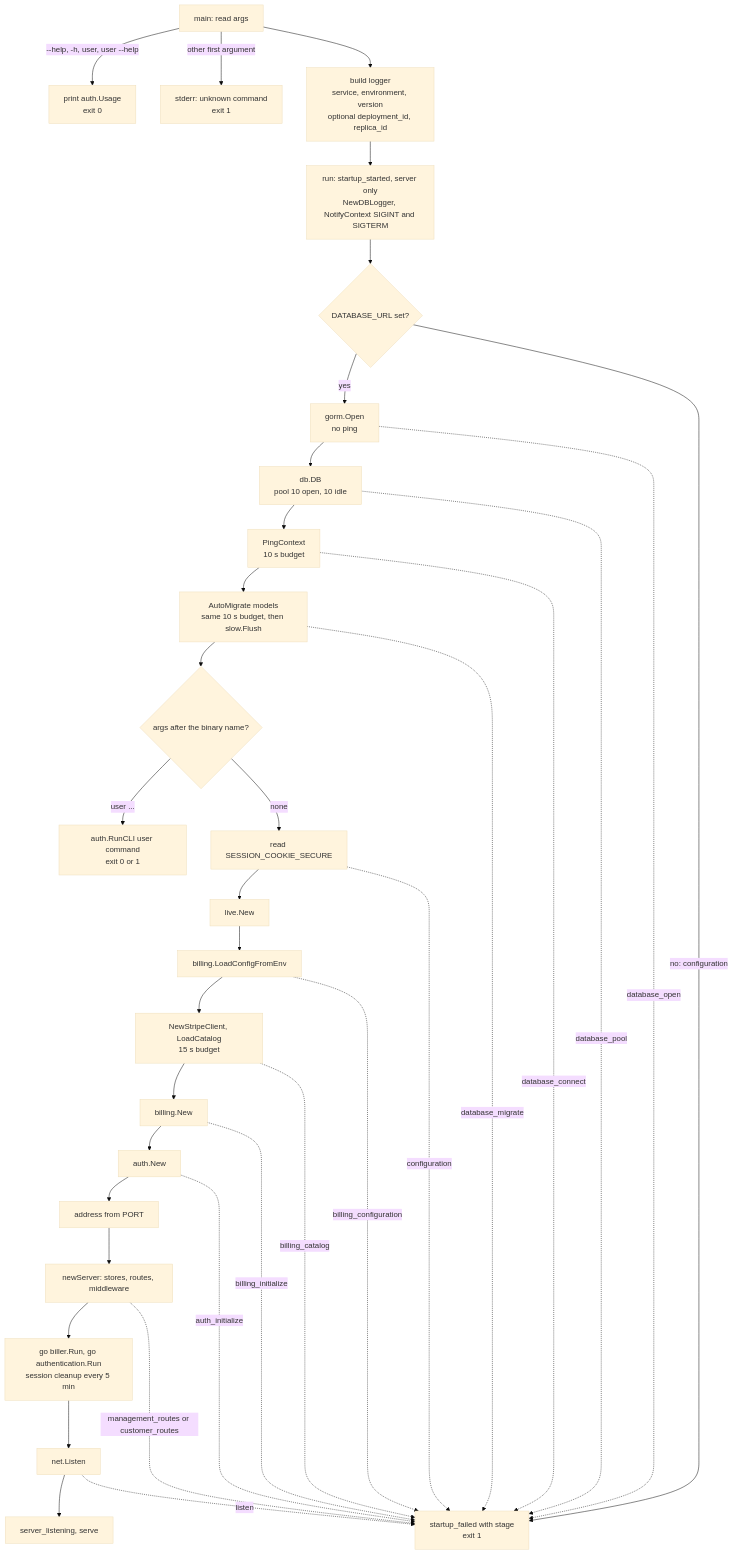
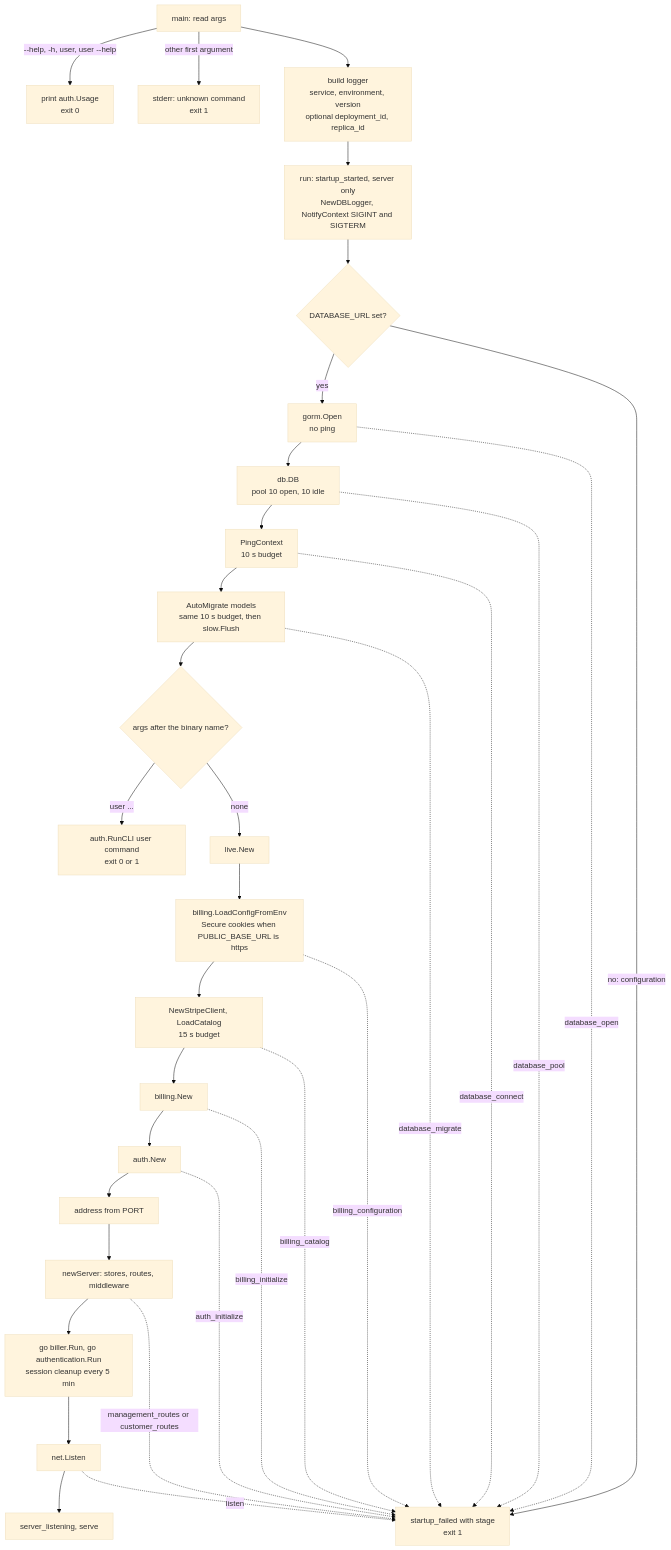
One commit to devGabriel131/ProjectHermes changed the first of 2 diagrams in docs/operations/startup-shutdown.md. Above: the diagram before and after it, drawn with Mermaid (base theme). The commit also changed other lines of this file and 14 other files, not shown here.

First line of the commit message:
fix(auth): derive Secure session cookies from the https public origin

````diff
--- a/docs/operations/startup-shutdown.md
+++ b/docs/operations/startup-shutdown.md
@@ -7,46 +7,44 @@
 ```mermaid
 flowchart TD
   args["main: read args"]
   help["print auth.Usage\nexit 0"]
   unknown["stderr: unknown command\nexit 1"]
   logger["build logger\nservice, environment, version\noptional deployment_id, replica_id"]
   begin["run: startup_started, server only\nNewDBLogger, NotifyContext SIGINT and SIGTERM"]
   dsn{"DATABASE_URL set?"}
   open["gorm.Open\nno ping"]
   pool["db.DB\npool 10 open, 10 idle"]
   ping["PingContext\n10 s budget"]
   migrate["AutoMigrate models\nsame 10 s budget, then slow.Flush"]
   branch{"args after the binary name?"}
   cli["auth.RunCLI user command\nexit 0 or 1"]
-  cookie["read SESSION_COOKIE_SECURE"]
   feed["live.New"]
-  cfg["billing.LoadConfigFromEnv"]
+  cfg["billing.LoadConfigFromEnv\nSecure cookies when PUBLIC_BASE_URL is https"]
   catalog["NewStripeClient, LoadCatalog\n15 s budget"]
   biller["billing.New"]
   authm["auth.New"]
   addr["address from PORT"]
   server["newServer: stores, routes, middleware"]
   worker["go biller.Run, go authentication.Run\nsession cleanup every 5 min"]
   listen["net.Listen"]
   serve["server_listening, serve"]
   fail["startup_failed with stage\nexit 1"]
 
   args -->|"--help, -h, user, user --help"| help
   args -->|"other first argument"| unknown
   args --> logger --> begin --> dsn
   dsn -->|"no: configuration"| fail
   dsn -->|"yes"| open --> pool --> ping --> migrate --> branch
   open -.->|"database_open"| fail
   pool -.->|"database_pool"| fail
   ping -.->|"database_connect"| fail
   migrate -.->|"database_migrate"| fail
   branch -->|"user ..."| cli
-  branch -->|"none"| cookie --> feed --> cfg --> catalog --> biller --> authm --> addr --> server --> worker --> listen --> serve
-  cookie -.->|"configuration"| fail
+  branch -->|"none"| feed --> cfg --> catalog --> biller --> authm --> addr --> server --> worker --> listen --> serve
   cfg -.->|"billing_configuration"| fail
   catalog -.->|"billing_catalog"| fail
   biller -.->|"billing_initialize"| fail
   authm -.->|"auth_initialize"| fail
   server -.->|"management_routes or customer_routes"| fail
   listen -.->|"listen"| fail
 ```
````
